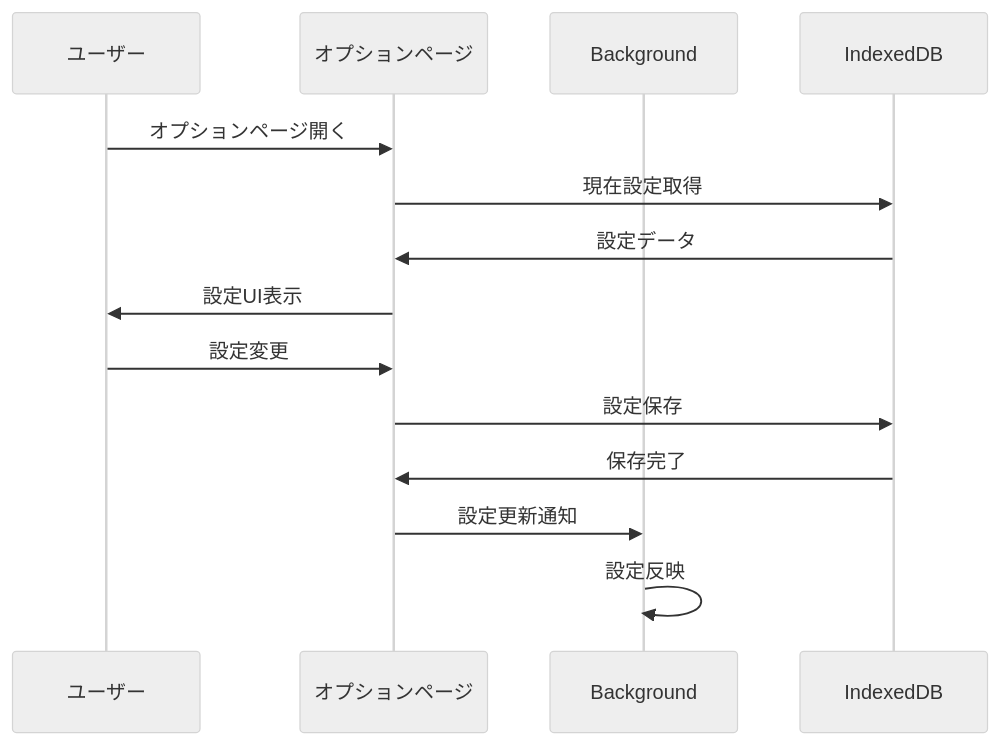
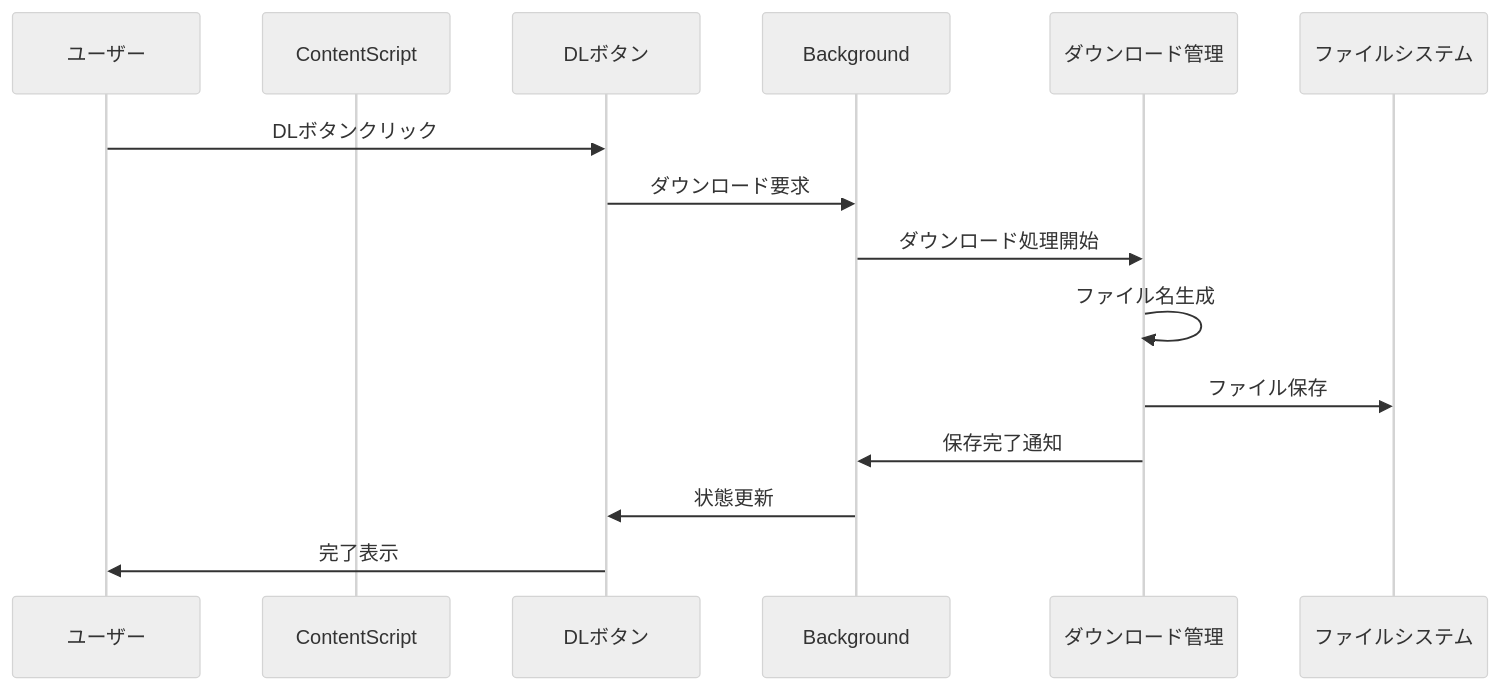
The fourth of 14 diagrams in docs/data-flow-diagram.md (Hutaba-Makura/Comiketter), drawn with Mermaid (neutral theme) before and after one commit. The commit also changed other lines of this file and 5 other files, not shown here.

Commit message:
feat: データフロー図とER図を更新し、全体のデータフローとデータベース設計を明確化しました。また、実装環境ドキュメントを整備し、プロジェクト構造を詳細に記述しました。

````diff
--- a/docs/data-flow-diagram.md
+++ b/docs/data-flow-diagram.md
@@ -110,17 +89,18 @@
 ```mermaid
 sequenceDiagram
-    participant U as ユーザー
-    participant OP as オプションページ
+    participant User as ユーザー
+    participant CS as ContentScript
+    participant DL as DLボタン
     participant BG as Background
-    participant DB as IndexedDB
-    
-    U->>OP: オプションページ開く
-    OP->>DB: 現在設定取得
-    DB->>OP: 設定データ
-    OP->>U: 設定UI表示
-    U->>OP: 設定変更
-    OP->>DB: 設定保存
-    DB->>OP: 保存完了
-    OP->>BG: 設定更新通知
-    BG->>BG: 設定反映
+    participant DM as ダウンロード管理
+    participant FS as ファイルシステム
+
+    User->>DL: DLボタンクリック
+    DL->>BG: ダウンロード要求
+    BG->>DM: ダウンロード処理開始
+    DM->>DM: ファイル名生成
+    DM->>FS: ファイル保存
+    DM->>BG: 保存完了通知
+    BG->>DL: 状態更新
+    DL->>User: 完了表示
 ```
````
